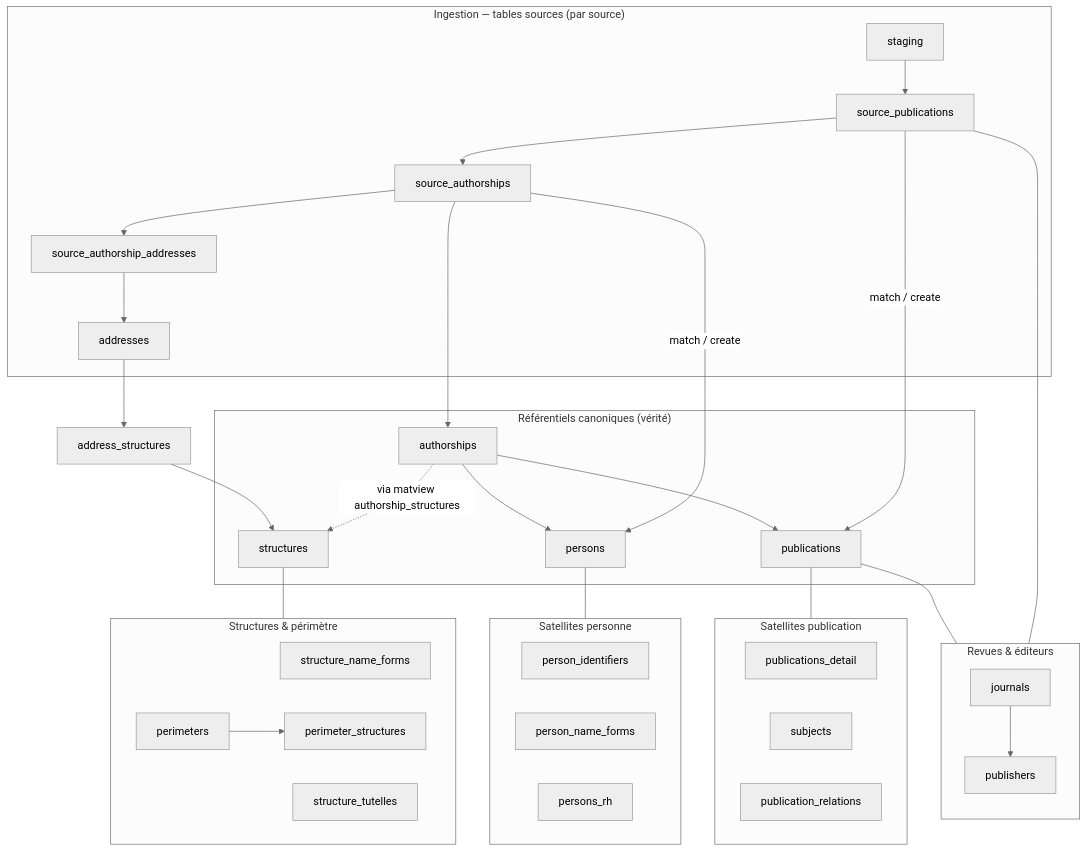
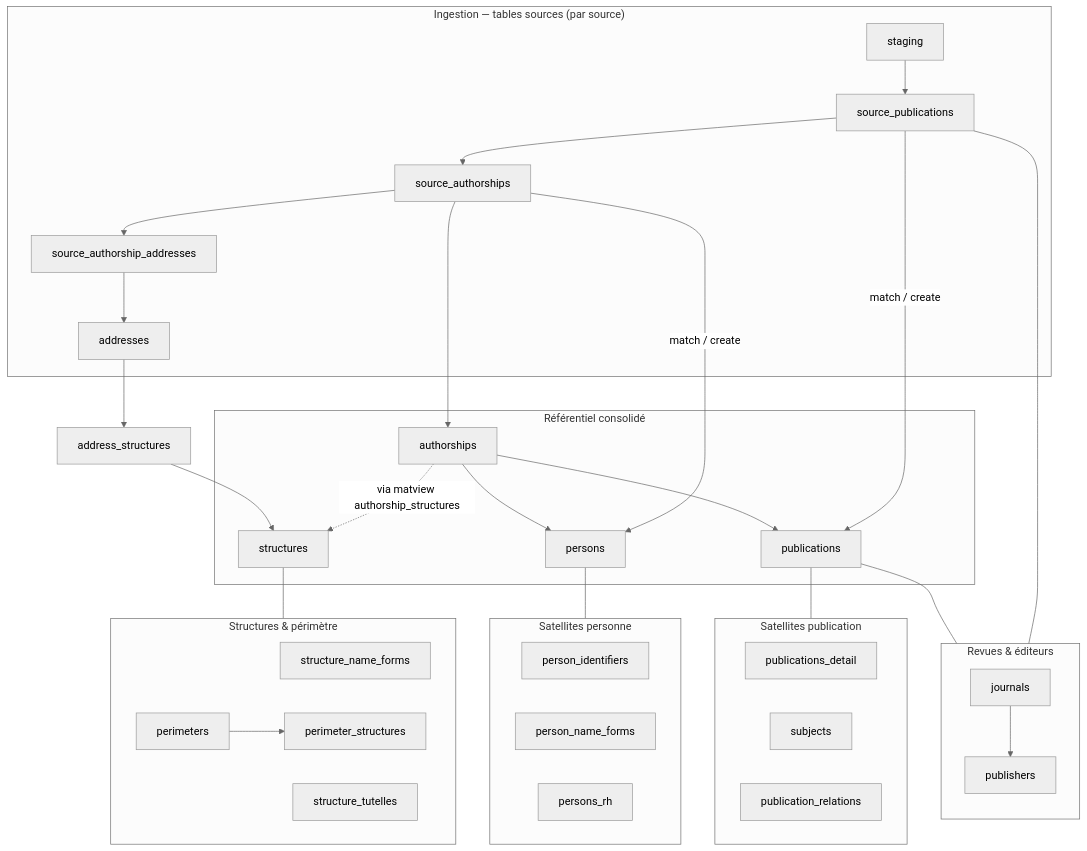
One commit to Y33sha/bibliometrie-uca changed the diagram in docs/donnees/07-index-des-tables.md. Above: the diagram before and after it, drawn with Mermaid (neutral theme). The commit also changed other lines of this file and 6 other files, not shown here.

````diff
--- a/docs/donnees/07-index-des-tables.md
+++ b/docs/donnees/07-index-des-tables.md
@@ -9,49 +9,49 @@
 ```mermaid
 flowchart TB
     subgraph ingestion["Ingestion — tables sources (par source)"]
         staging --> source_publications --> source_authorships
         source_authorships --> source_authorship_addresses --> addresses
     end
 
     subgraph ref["Revues & éditeurs"]
         direction TB
         journals --> publishers
     end
 
-    subgraph canon["Référentiels canoniques (vérité)"]
+    subgraph canon["Référentiel consolidé"]
         publications
         authorships
         structures
         persons
     end
 
     source_publications -->|match / create| publications
     source_authorships -->|match / create| persons
     source_authorships --> authorships
     authorships --> publications
     authorships --> persons
     authorships -.->|via matview authorship_structures| structures
     addresses --> address_structures --> structures
     source_publications --- ref
     publications --- ref
 
     subgraph satP["Satellites publication"]
         publications_detail
         subjects
         publication_relations
     end
     subgraph satS["Structures & périmètre"]
         structure_name_forms
         structure_tutelles
         perimeters --> perimeter_structures
     end
     subgraph satN["Satellites personne"]
         person_identifiers
         person_name_forms
         persons_rh
     end
 
     publications --- satP
     structures --- satS
     persons --- satN
 ```
````
